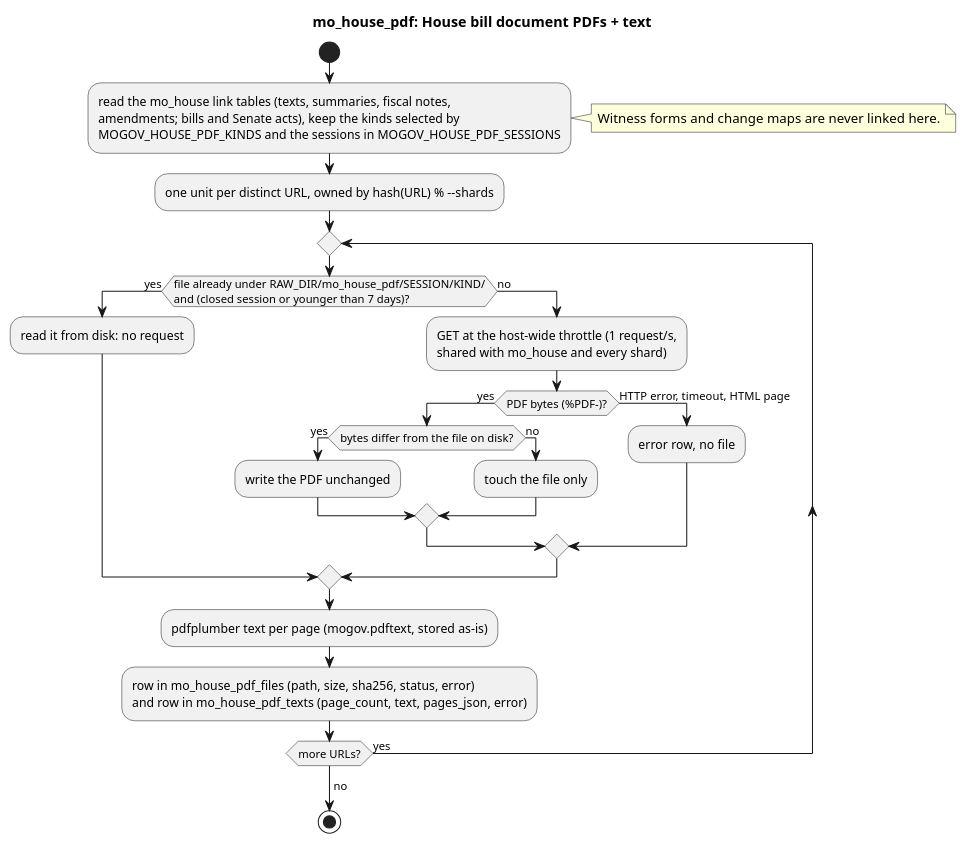
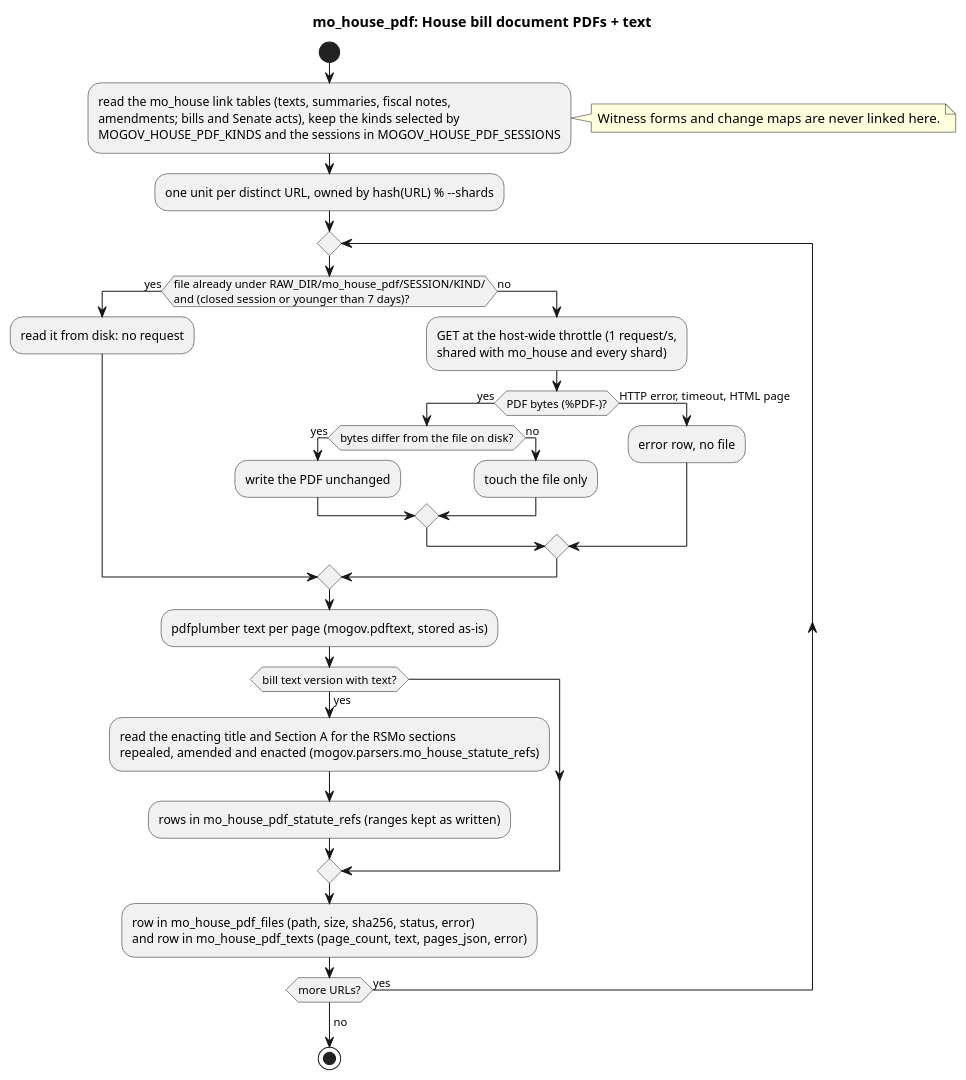
One commit to akettmann/missouri_gov_feed changed the diagram in docs/diagrams/sources/mo_house_pdf.puml. Above: the diagram before and after it, drawn with PlantUML. The commit also changed 19 other files, not shown here.

Commit message:
Pending-bill statute links: dbt models, tests and docs for mo_house_pdf_statute_refs (#594)

```diff
--- a/docs/diagrams/sources/mo_house_pdf.puml
+++ b/docs/diagrams/sources/mo_house_pdf.puml
@@ -1,33 +1,38 @@
 @startuml mo_house_pdf
 title mo_house_pdf: House bill document PDFs + text
 start
 :read the mo_house link tables (texts, summaries, fiscal notes,
 amendments; bills and Senate acts), keep the kinds selected by
 MOGOV_HOUSE_PDF_KINDS and the sessions in MOGOV_HOUSE_PDF_SESSIONS;
 note right
   Witness forms and change maps are never linked here.
 end note
 :one unit per distinct URL, owned by hash(URL) % --shards;
 repeat
   if (file already under RAW_DIR/mo_house_pdf/SESSION/KIND/\nand (closed session or younger than 7 days)?) then (yes)
     :read it from disk: no request;
   else (no)
     :GET at the host-wide throttle (1 request/s,
     shared with mo_house and every shard);
     if (PDF bytes (%PDF-)?) then (yes)
       if (bytes differ from the file on disk?) then (yes)
         :write the PDF unchanged;
       else (no)
         :touch the file only;
       endif
     else (HTTP error, timeout, HTML page)
       :error row, no file;
     endif
   endif
   :pdfplumber text per page (mogov.pdftext, stored as-is);
+  if (bill text version with text?) then (yes)
+    :read the enacting title and Section A for the RSMo sections
+    repealed, amended and enacted (mogov.parsers.mo_house_statute_refs);
+    :rows in mo_house_pdf_statute_refs (ranges kept as written);
+  endif
   :row in mo_house_pdf_files (path, size, sha256, status, error)
   and row in mo_house_pdf_texts (page_count, text, pages_json, error);
 repeat while (more URLs?) is (yes)
 ->no;
 stop
 @enduml
```
